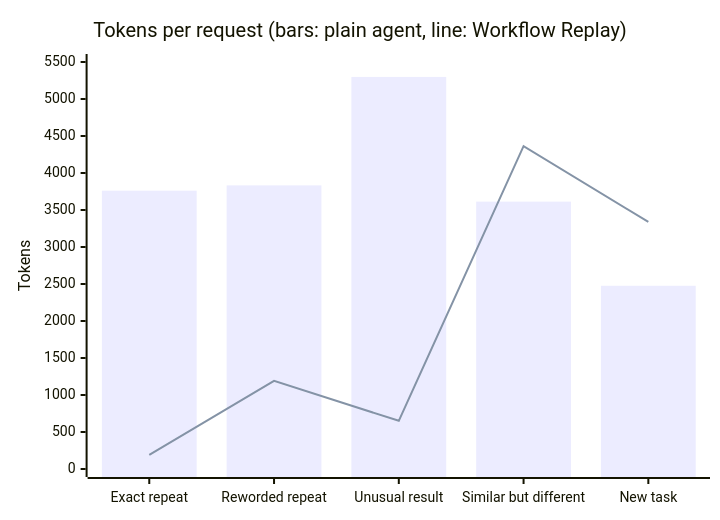
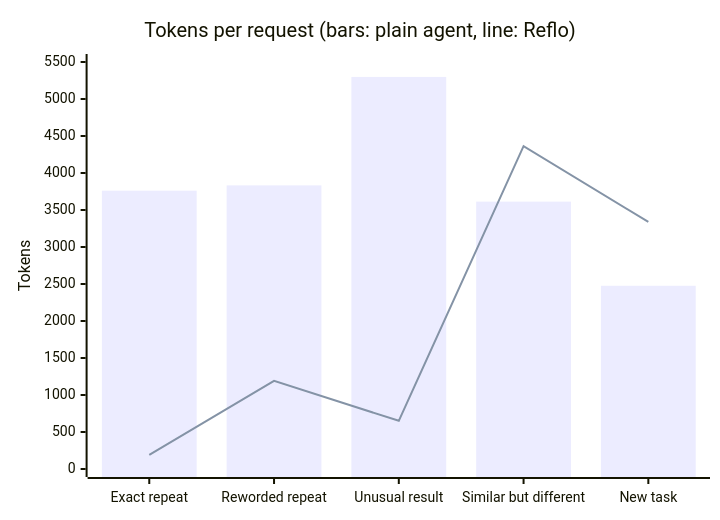
The third of 3 diagrams in README.md (owentw23/workflow-replay), drawn with Mermaid before and after one commit. The commit also changed other lines of this file, not shown here.

Commit message:
Introduce Reflo in the README

````diff
--- a/README.md
+++ b/README.md
@@ -129,8 +129,8 @@
 ```mermaid
 xychart-beta
-  title "Tokens per request (bars: plain agent, line: Workflow Replay)"
+  title "Tokens per request (bars: plain agent, line: Reflo)"
   x-axis ["Exact repeat", "Reworded repeat", "Unusual result", "Similar but different", "New task"]
   y-axis "Tokens" 0 --> 5500
   bar [3761, 3833, 5298, 3613, 2476]
   line [191, 1191, 651, 4363, 3339]
 ```
````
